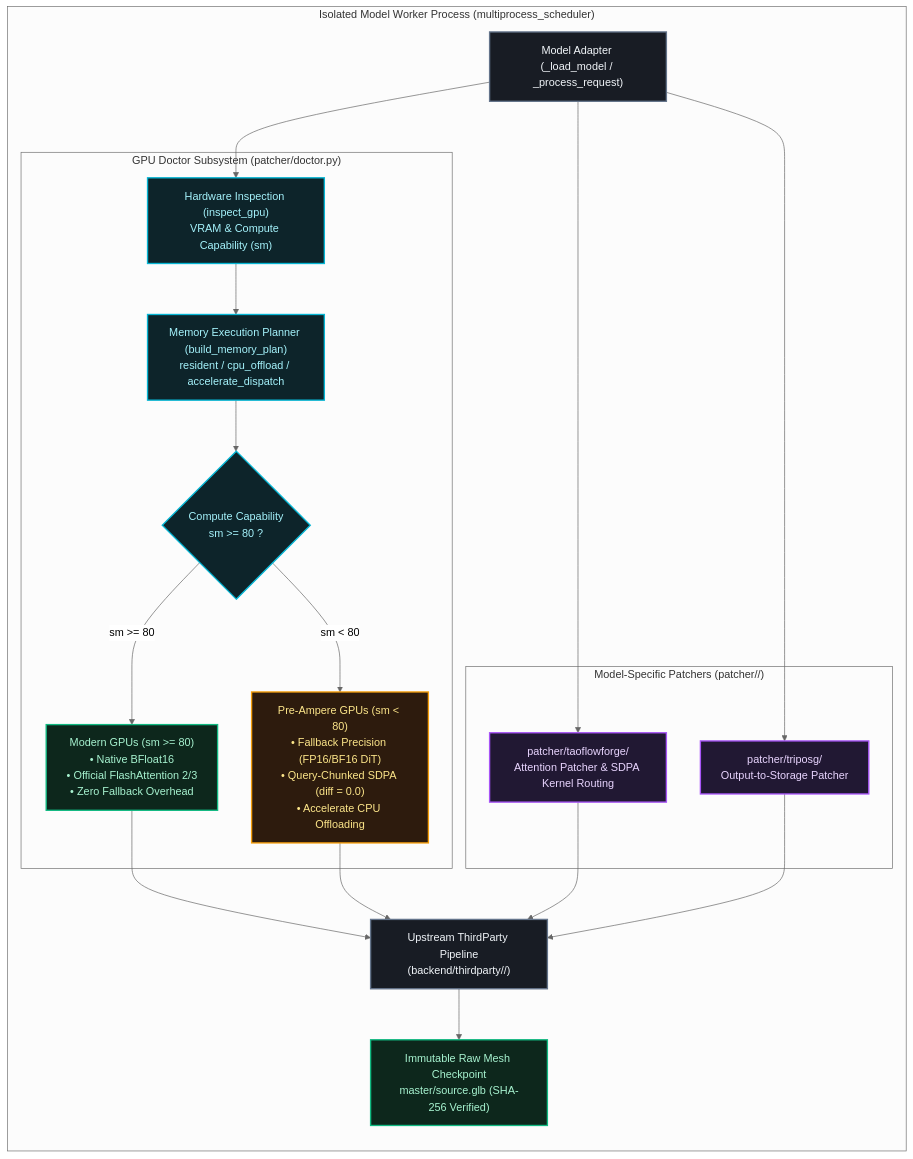
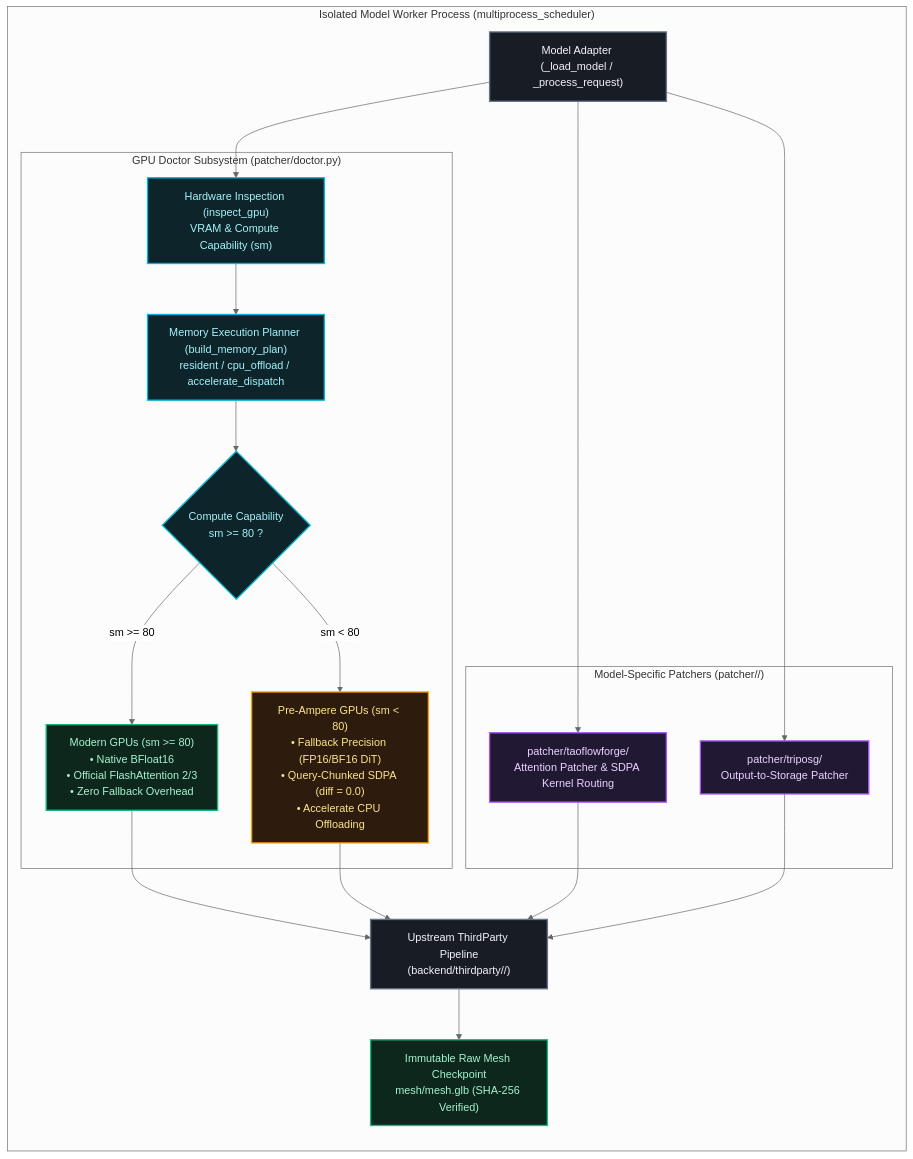
Before and after one commit to Silentzx2/ForMesh3D: the diagram in patcher/README.md, drawn with Mermaid (neutral theme). The commit also changed 20 other files, not shown here.

````diff
--- a/patcher/README.md
+++ b/patcher/README.md
@@ -19,47 +19,47 @@
 ```mermaid
 flowchart TD
     %% Styling Definitions
     classDef worker fill:#181c24,stroke:#64748b,stroke-width:2px,color:#f1f5f9;
     classDef doctor fill:#0d242a,stroke:#06b6d4,stroke-width:2px,color:#a5f3fc;
     classDef model fill:#211833,stroke:#a855f7,stroke-width:2px,color:#e9d5ff;
     classDef modern fill:#0d271c,stroke:#10b981,stroke-width:2px,color:#a7f3d0;
     classDef preAmpere fill:#2d1b0d,stroke:#f59e0b,stroke-width:2px,color:#fde68a;
 
     subgraph Worker ["Isolated Model Worker Process (multiprocess_scheduler)"]
         direction TB
 
         ADAPTER["Model Adapter (_load_model / _process_request)"]:::worker
 
         subgraph DoctorSubsystem ["GPU Doctor Subsystem (patcher/doctor.py)"]
             INSPECT["Hardware Inspection (inspect_gpu)<br/>VRAM & Compute Capability (sm)"]:::doctor
             PLAN["Memory Execution Planner (build_memory_plan)<br/>resident / cpu_offload / accelerate_dispatch"]:::doctor
             ROUTER{"Compute Capability<br/>sm >= 80 ?"}:::doctor
 
             MODERN["Modern GPUs (sm >= 80)<br/>• Native BFloat16<br/>• Official FlashAttention 2/3<br/>• Zero Fallback Overhead"]:::modern
             PRE_AMPERE["Pre-Ampere GPUs (sm < 80)<br/>• Fallback Precision (FP16/BF16 DiT)<br/>• Query-Chunked SDPA (diff = 0.0)<br/>• Accelerate CPU Offloading"]:::preAmpere
         end
 
         subgraph ModelPatchers ["Model-Specific Patchers (patcher/<model-name>/)"]
             TAO_PATCH["patcher/taoflowforge/<br/>Attention Patcher & SDPA Kernel Routing"]:::model
             TRIPO_PATCH["patcher/triposg/<br/>Output-to-Storage Patcher"]:::model
         end
 
         THIRD_PARTY["Upstream ThirdParty Pipeline<br/>(backend/thirdparty/<Model>/)"]:::worker
-        OUTPUT["Immutable Raw Mesh Checkpoint<br/>master/source.glb (SHA-256 Verified)"]:::modern
+        OUTPUT["Immutable Raw Mesh Checkpoint<br/>mesh/mesh.glb (SHA-256 Verified)"]:::modern
     end
 
     ADAPTER --> INSPECT
     INSPECT --> PLAN
     PLAN --> ROUTER
     ROUTER -->|sm >= 80| MODERN
     ROUTER -->|sm < 80| PRE_AMPERE
 
     MODERN --> THIRD_PARTY
     PRE_AMPERE --> THIRD_PARTY
     ADAPTER --> TAO_PATCH
     ADAPTER --> TRIPO_PATCH
     TAO_PATCH --> THIRD_PARTY
     TRIPO_PATCH --> THIRD_PARTY
 
     THIRD_PARTY --> OUTPUT
 ```
````
